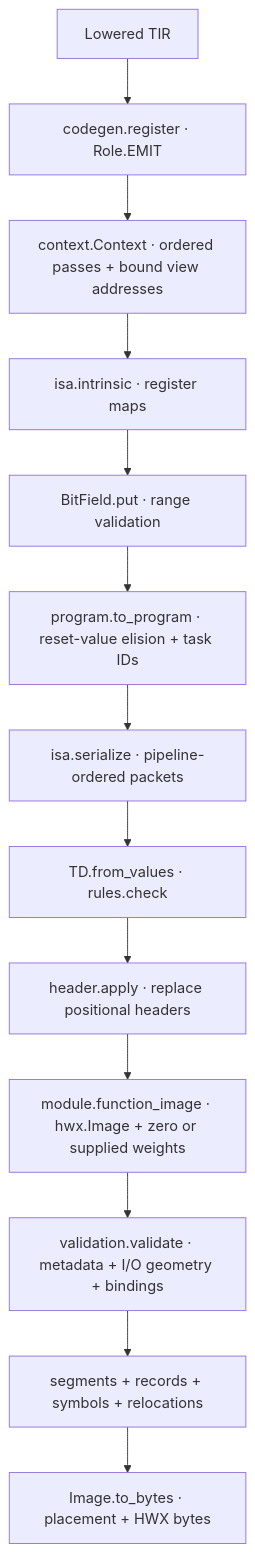
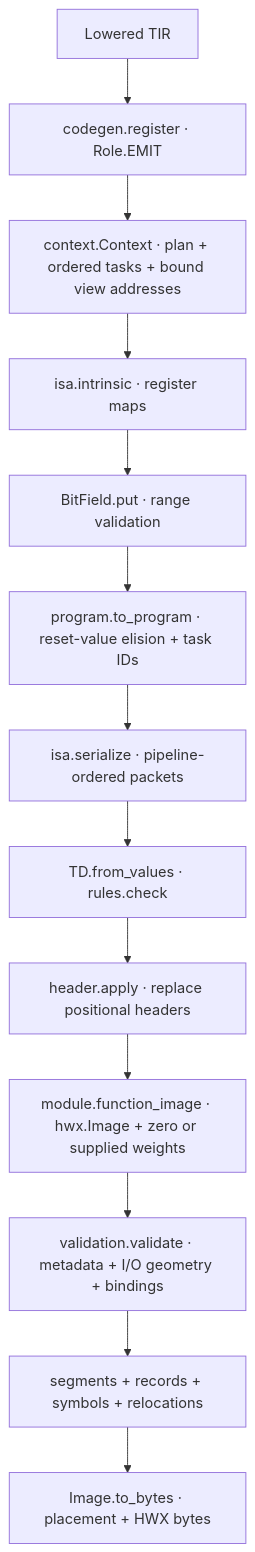
The second of 2 diagrams in targets/apple/tilefoundry_apple/ane/docs/spec/codegen.md (tile-ai/TileFoundry), drawn with Mermaid before and after one commit. The commit also changed other lines of this file and 84 other files, not shown here.

````diff
--- a/targets/apple/tilefoundry_apple/ane/docs/spec/codegen.md
+++ b/targets/apple/tilefoundry_apple/ane/docs/spec/codegen.md
@@ -30,15 +33,15 @@
 ```mermaid
 flowchart TD
     TIR["Lowered TIR"] --> Emit["codegen.register · Role.EMIT"]
-    Emit --> Context["context.Context · ordered passes + bound view addresses"]
+    Emit --> Context["context.Context · plan + ordered tasks + bound view addresses"]
     Context --> Intrinsic["isa.intrinsic · register maps"]
     Intrinsic --> Field["BitField.put · range validation"]
     Field --> Bundle["program.to_program · reset-value elision + task IDs"]
     Bundle --> Packets["isa.serialize · pipeline-ordered packets"]
     Packets --> TD["TD.from_values · rules.check"]
     TD --> Header["header.apply · replace positional headers"]
     Header --> Image["module.function_image · hwx.Image + zero or supplied weights"]
     Image --> Validate["validation.validate · metadata + I/O geometry + bindings"]
     Validate --> Parts["segments + records + symbols + relocations"]
     Parts --> Bytes["Image.to_bytes · placement + HWX bytes"]
 ```
````
